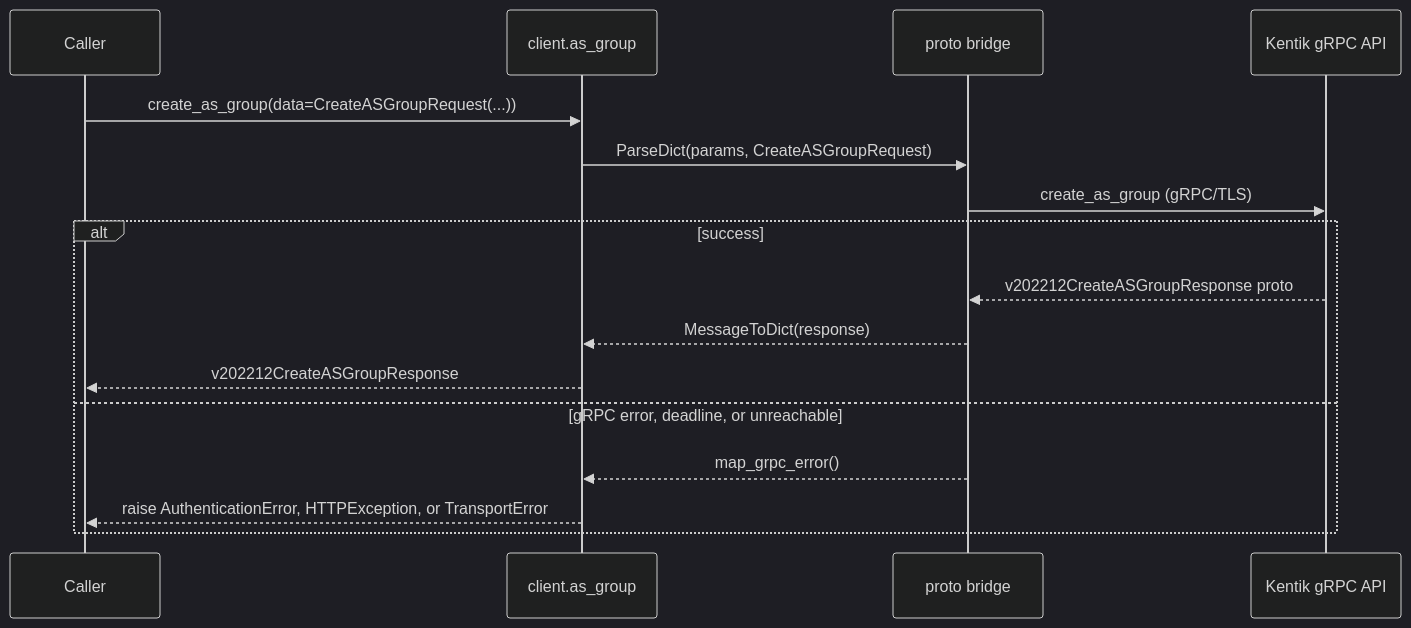
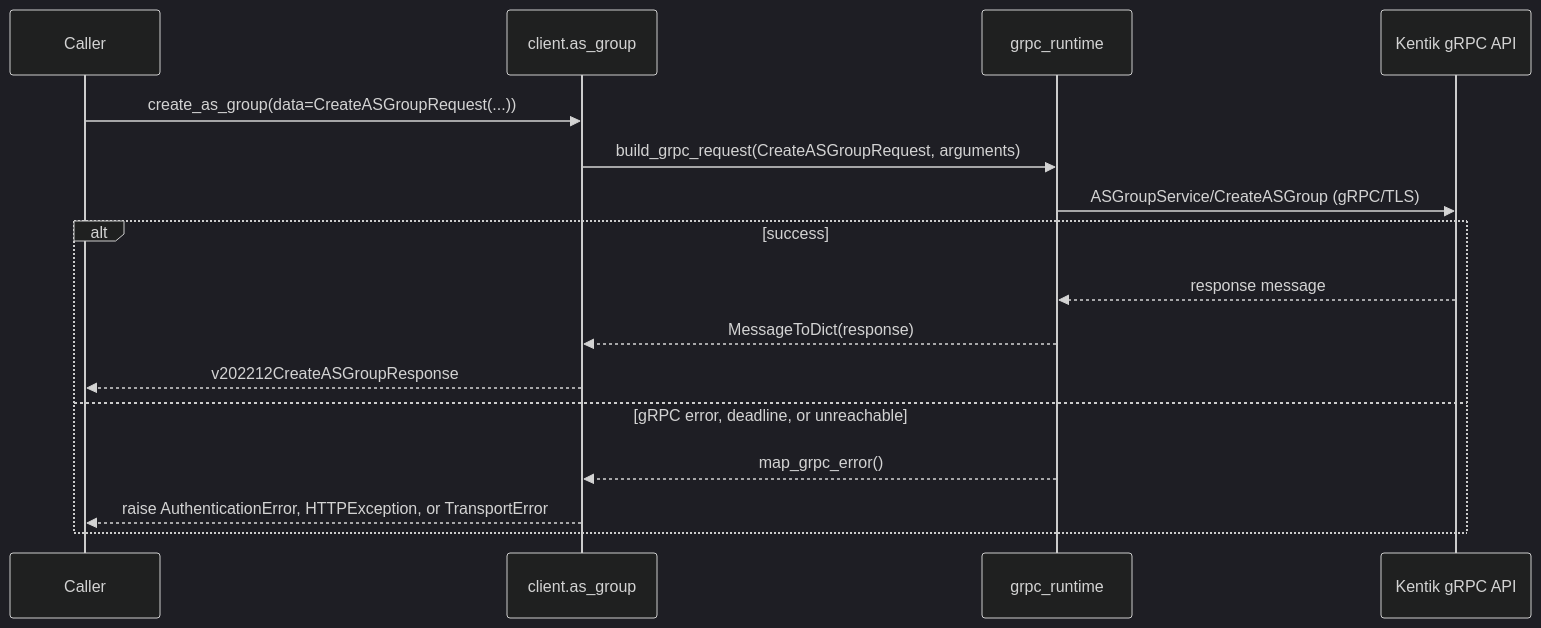
The fifth of 12 diagrams in docs/sphinx/services/as_group.md (alexdearaujo/community_sdk_python), drawn with Mermaid (dark theme) before and after one commit. The commit also changed other lines of this file and 37 other files, not shown here.

First line of the commit message:
docs: show the real RPC in each service page's gRPC diagram

````diff
--- a/docs/sphinx/services/as_group.md
+++ b/docs/sphinx/services/as_group.md
@@ -127,19 +127,19 @@
 ```mermaid
 sequenceDiagram
     participant C as Caller
     participant W as client.as_group
-    participant B as proto bridge
+    participant R as grpc_runtime
     participant API as Kentik gRPC API
 
     C->>W: create_as_group(data=CreateASGroupRequest(...))
-    W->>B: ParseDict(params, CreateASGroupRequest)
-    B->>API: create_as_group (gRPC/TLS)
+    W->>R: build_grpc_request(CreateASGroupRequest, arguments)
+    R->>API: ASGroupService/CreateASGroup (gRPC/TLS)
     alt success
-        API-->>B: v202212CreateASGroupResponse proto
-        B-->>W: MessageToDict(response)
+        API-->>R: response message
+        R-->>W: MessageToDict(response)
         W-->>C: v202212CreateASGroupResponse
     else gRPC error, deadline, or unreachable
-        B-->>W: map_grpc_error()
+        R-->>W: map_grpc_error()
         W-->>C: raise AuthenticationError, HTTPException, or TransportError
     end
 ```
````
